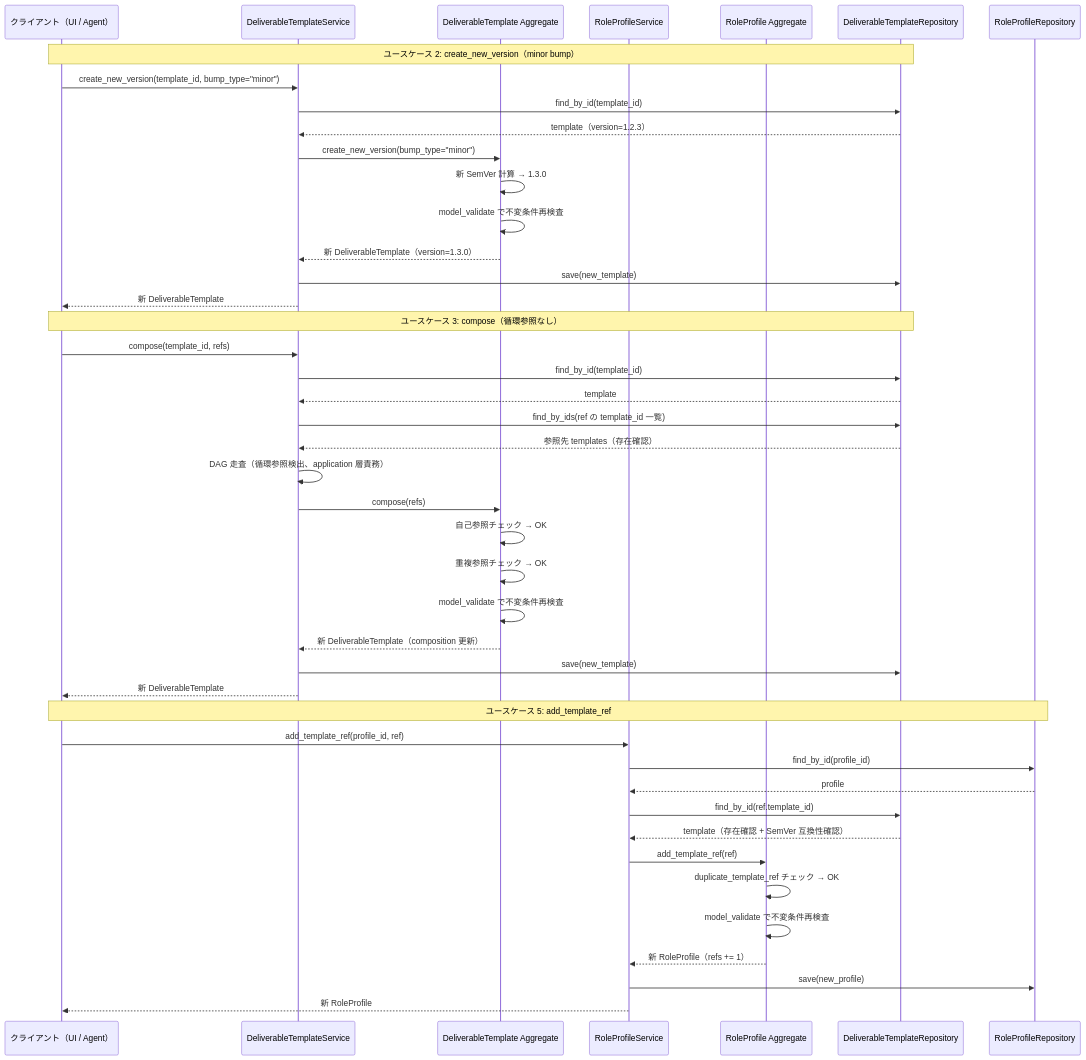
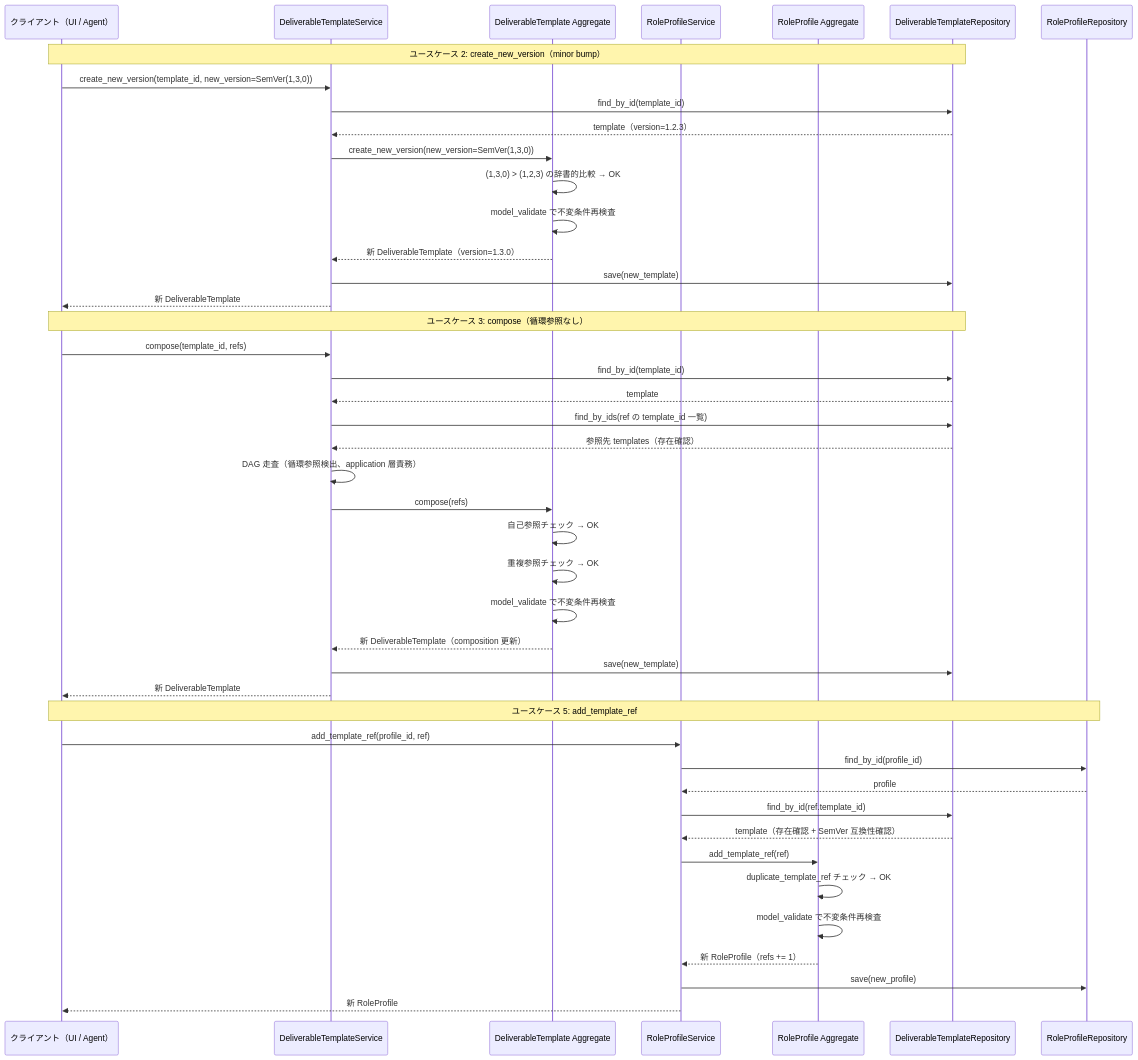
Before and after one commit to bakufu-dev/bakufu: the second of 3 diagrams in docs/features/deliverable-template/domain/basic-design.md, drawn with Mermaid. The commit also changed other lines of this file and 3 other files, not shown here.

````diff
--- a/docs/features/deliverable-template/domain/basic-design.md
+++ b/docs/features/deliverable-template/domain/basic-design.md
@@ -248,49 +248,49 @@
 ```mermaid
 sequenceDiagram
     participant Client as クライアント（UI / Agent）
     participant DtSvc as DeliverableTemplateService
     participant DT as DeliverableTemplate Aggregate
     participant RpSvc as RoleProfileService
     participant RP as RoleProfile Aggregate
     participant DtRepo as DeliverableTemplateRepository
     participant RpRepo as RoleProfileRepository
 
     Note over Client,DtRepo: ユースケース 2: create_new_version（minor bump）
-    Client->>DtSvc: create_new_version(template_id, bump_type="minor")
+    Client->>DtSvc: create_new_version(template_id, new_version=SemVer(1,3,0))
     DtSvc->>DtRepo: find_by_id(template_id)
     DtRepo-->>DtSvc: template（version=1.2.3）
-    DtSvc->>DT: create_new_version(bump_type="minor")
-    DT->>DT: 新 SemVer 計算 → 1.3.0
+    DtSvc->>DT: create_new_version(new_version=SemVer(1,3,0))
+    DT->>DT: (1,3,0) > (1,2,3) の辞書的比較 → OK
     DT->>DT: model_validate で不変条件再検査
     DT-->>DtSvc: 新 DeliverableTemplate（version=1.3.0）
     DtSvc->>DtRepo: save(new_template)
     DtSvc-->>Client: 新 DeliverableTemplate
 
     Note over Client,DtRepo: ユースケース 3: compose（循環参照なし）
     Client->>DtSvc: compose(template_id, refs)
     DtSvc->>DtRepo: find_by_id(template_id)
     DtRepo-->>DtSvc: template
     DtSvc->>DtRepo: find_by_ids(ref の template_id 一覧)
     DtRepo-->>DtSvc: 参照先 templates（存在確認）
     DtSvc->>DtSvc: DAG 走査（循環参照検出、application 層責務）
     DtSvc->>DT: compose(refs)
     DT->>DT: 自己参照チェック → OK
     DT->>DT: 重複参照チェック → OK
     DT->>DT: model_validate で不変条件再検査
     DT-->>DtSvc: 新 DeliverableTemplate（composition 更新）
     DtSvc->>DtRepo: save(new_template)
     DtSvc-->>Client: 新 DeliverableTemplate
 
     Note over Client,RpRepo: ユースケース 5: add_template_ref
     Client->>RpSvc: add_template_ref(profile_id, ref)
     RpSvc->>RpRepo: find_by_id(profile_id)
     RpRepo-->>RpSvc: profile
     RpSvc->>DtRepo: find_by_id(ref.template_id)
     DtRepo-->>RpSvc: template（存在確認 + SemVer 互換性確認）
     RpSvc->>RP: add_template_ref(ref)
     RP->>RP: duplicate_template_ref チェック → OK
     RP->>RP: model_validate で不変条件再検査
     RP-->>RpSvc: 新 RoleProfile（refs += 1）
     RpSvc->>RpRepo: save(new_profile)
     RpSvc-->>Client: 新 RoleProfile
 ```
````
